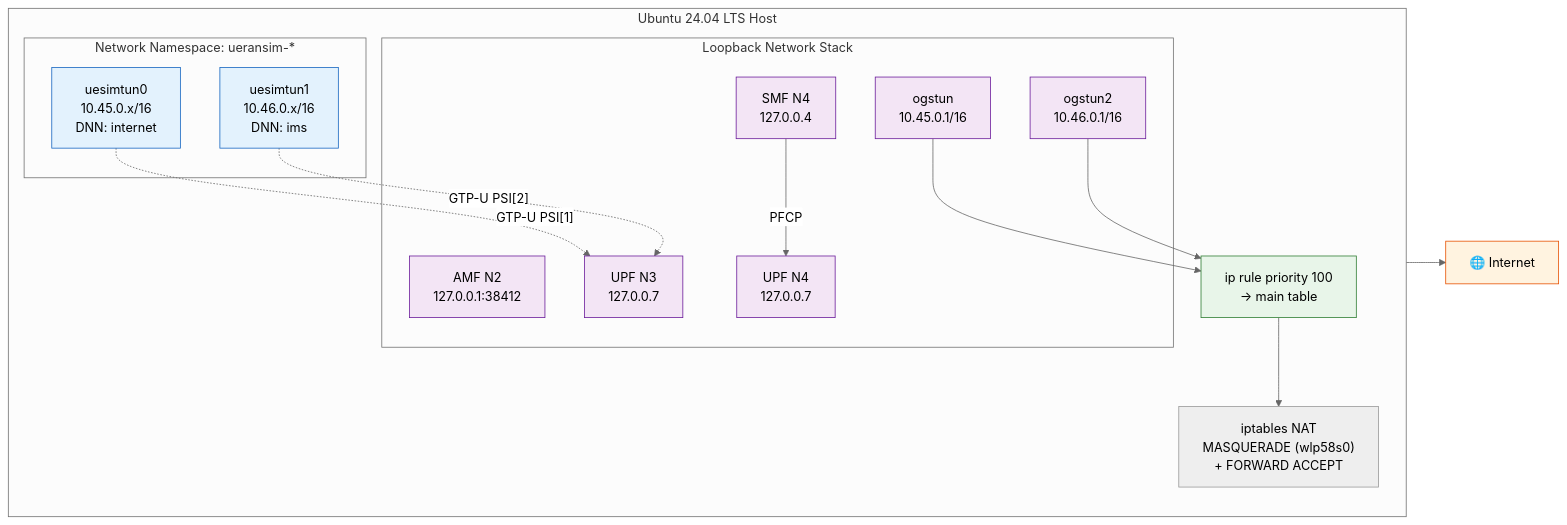
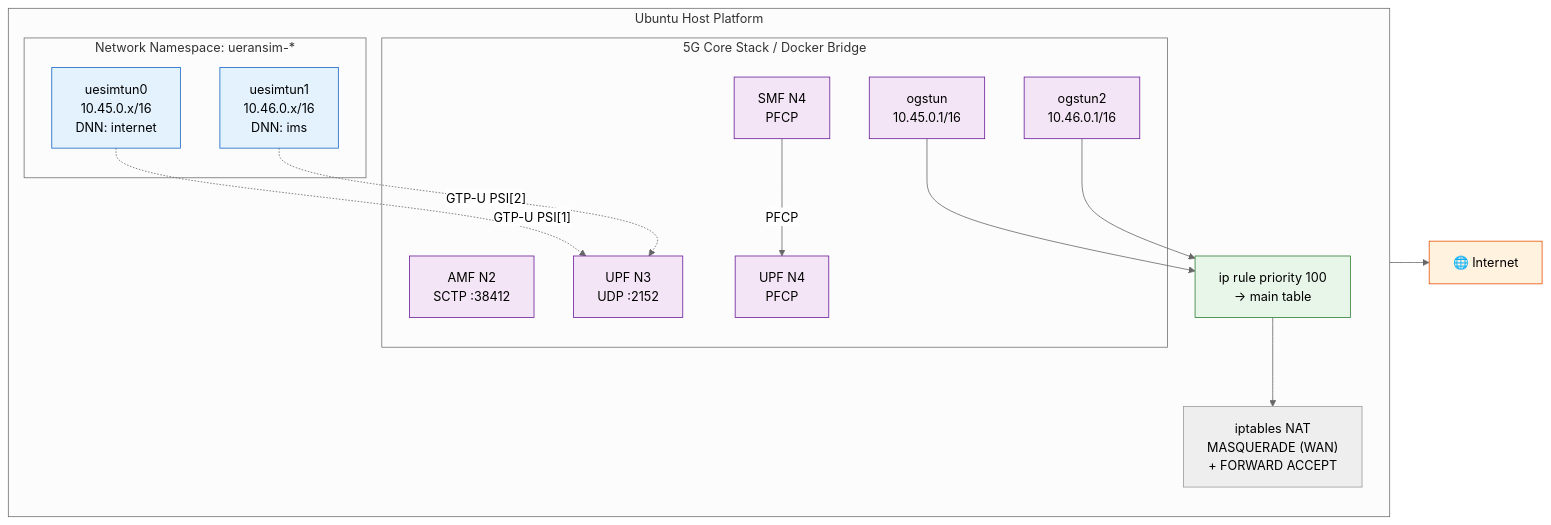
Before and after one commit to khattabpi/Open-Telecom-Lab: the third of 4 diagrams in README.md, drawn with Mermaid (neutral theme). The commit also changed other lines of this file, not shown here.

Commit message:
docs: update README with Docker Compose Open5GS v2.8.0 setup and dual-slice IMS notes

````diff
--- a/README.md
+++ b/README.md
@@ -426,43 +492,43 @@
 ```mermaid
 graph LR
-    subgraph HOST ["Ubuntu 24.04 LTS Host"]
+    subgraph HOST ["Ubuntu Host Platform"]
         direction TB
 
         subgraph NS_UE ["Network Namespace: ueransim-*"]
             TUN0[uesimtun0<br/>10.45.0.x/16<br/>DNN: internet]
             TUN1[uesimtun1<br/>10.46.0.x/16<br/>DNN: ims]
         end
 
-        subgraph CORE_NET ["Loopback Network Stack"]
-            AMF_N["AMF N2<br/>127.0.0.1:38412"]
-            UPF_N3["UPF N3<br/>127.0.0.7"]
-            UPF_N4["UPF N4<br/>127.0.0.7"]
-            SMF_N4["SMF N4<br/>127.0.0.4"]
+        subgraph CORE_NET ["5G Core Stack / Docker Bridge"]
+            AMF_N["AMF N2<br/>SCTP :38412"]
+            UPF_N3["UPF N3<br/>UDP :2152"]
+            UPF_N4["UPF N4<br/>PFCP"]
+            SMF_N4["SMF N4<br/>PFCP"]
             OGSTUN["ogstun<br/>10.45.0.1/16"]
             OGSTUN2["ogstun2<br/>10.46.0.1/16"]
         end
 
-        IPTABLES["iptables NAT<br/>MASQUERADE (wlp58s0)<br/>+ FORWARD ACCEPT"]
+        IPTABLES["iptables NAT<br/>MASQUERADE (WAN)<br/>+ FORWARD ACCEPT"]
         IPRULE["ip rule priority 100<br/>→ main table"]
     end
 
     INTERNET["🌐 Internet"]
 
     TUN0 -.->|"GTP-U PSI[1]"| UPF_N3
     TUN1 -.->|"GTP-U PSI[2]"| UPF_N3
     SMF_N4 -->|"PFCP"| UPF_N4
     OGSTUN --> IPRULE
     OGSTUN2 --> IPRULE
     IPRULE --> IPTABLES
     IPTABLES --> INTERNET
 
     classDef ns fill:#E3F2FD,stroke:#1565C0
     classDef core fill:#F3E5F5,stroke:#6A1B9A
     classDef ext fill:#FFF3E0,stroke:#E65100
     classDef fix fill:#E8F5E9,stroke:#2E7D32
 
     class TUN0,TUN1 ns
     class AMF_N,UPF_N3,UPF_N4,SMF_N4,OGSTUN,OGSTUN2 core
     class INTERNET ext
     class IPRULE fix
 ```
````
